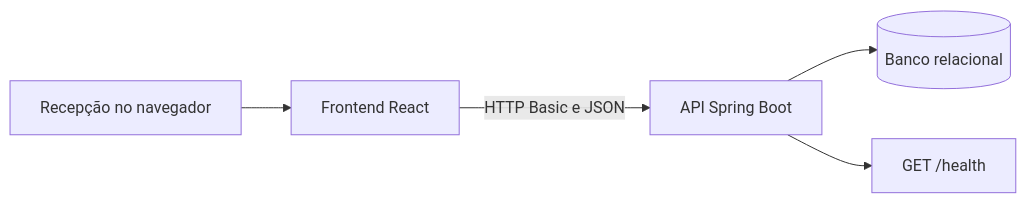
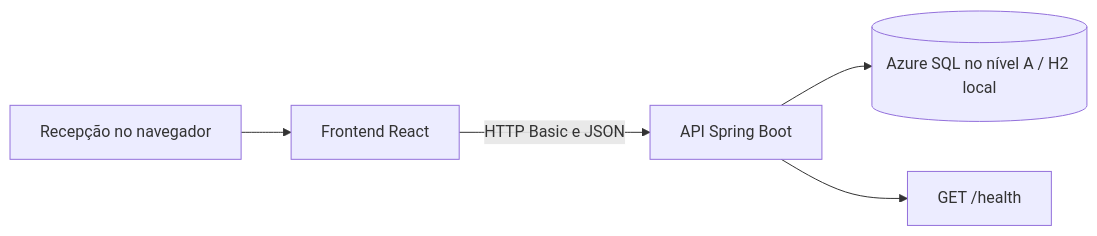
Before and after one commit to JoelsonJose/Agenda-do-Salao-Escola: the diagram in README.md, drawn with Mermaid. The commit also changed other lines of this file and 17 other files, not shown here.

````diff
--- a/README.md
+++ b/README.md
@@ -33,7 +33,7 @@
 ```mermaid
 flowchart LR
   B[Recepção no navegador] --> F[Frontend React]
   F -->|HTTP Basic e JSON| A[API Spring Boot]
-  A --> D[(Banco relacional)]
+  A --> D[(Azure SQL no nível A / H2 local)]
   A --> H[GET /health]
 ```
````
